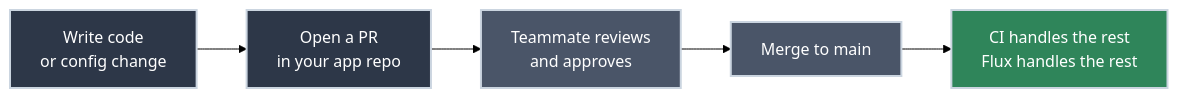
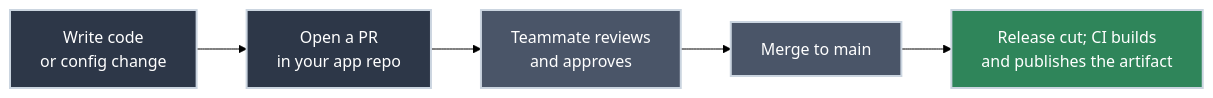
The third of 3 diagrams in docs/day_one/your_flux_workflow.md (bradpenney/exploring_gitops), drawn with Mermaid (forest theme) before and after one commit. The commit also changed other lines of this file and 12 other files, not shown here.

````diff
--- a/docs/day_one/your_flux_workflow.md
+++ b/docs/day_one/your_flux_workflow.md
@@ -106,16 +129,16 @@
 ```mermaid
 flowchart LR
-    Write["Write code\nor config change"]
-    PR["Open a PR\nin your app repo"]
-    Review["Teammate reviews\nand approves"]
+    Write["Write code<br/>or config change"]
+    PR["Open a PR<br/>in your app repo"]
+    Review["Teammate reviews<br/>and approves"]
     Merge["Merge to main"]
-    Done["CI handles the rest\nFlux handles the rest"]
+    Done["Release cut; CI builds<br/>and publishes the artifact"]
 
     Write --> PR --> Review --> Merge --> Done
 
     style Write fill:#2d3748,stroke:#cbd5e0,stroke-width:2px,color:#fff
     style PR fill:#2d3748,stroke:#cbd5e0,stroke-width:2px,color:#fff
     style Review fill:#4a5568,stroke:#cbd5e0,stroke-width:2px,color:#fff
     style Merge fill:#4a5568,stroke:#cbd5e0,stroke-width:2px,color:#fff
     style Done fill:#2f855a,stroke:#cbd5e0,stroke-width:2px,color:#fff
 ```
````
